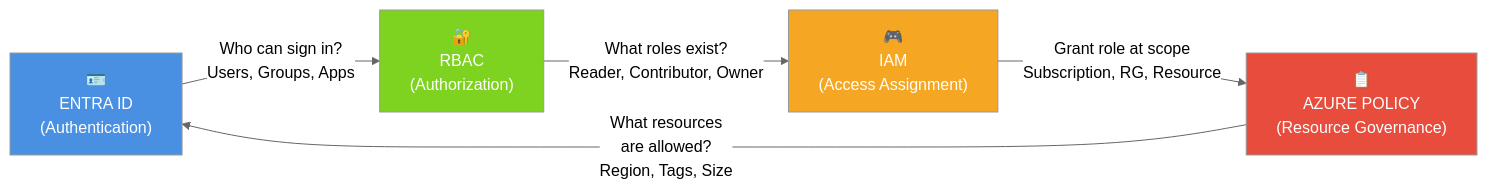
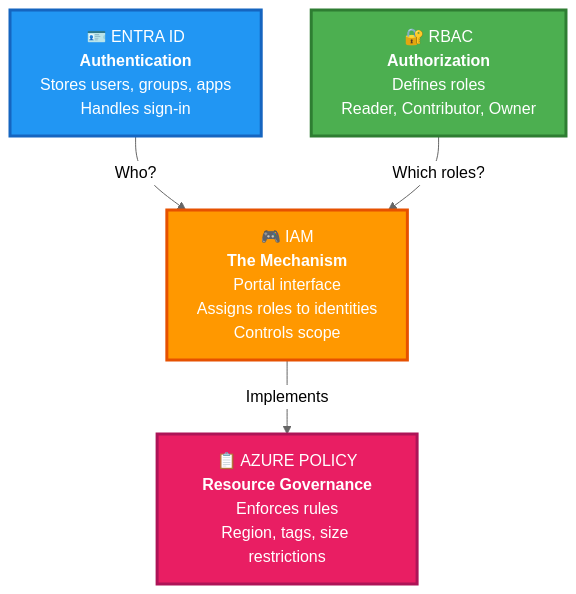
One commit to rubak714/azure-system-administration changed the second of 2 diagrams in 01-identity-governance/README.md. Above: the diagram before and after it, drawn with Mermaid (neutral theme). The commit also changed other lines of this file, not shown here.

First line of the commit message:
docs: improve readability and professionalism of identity governance lab

````diff
--- a/01-identity-governance/README.md
+++ b/01-identity-governance/README.md
@@ -79,17 +88,16 @@
 ```mermaid
-graph LR
-    A["🪪<br/>ENTRA ID<br/>(Authentication)"]
-    B["🔐<br/>RBAC<br/>(Authorization)"]
-    C["🎮<br/>IAM<br/>(Access Assignment)"]
-    D["📋<br/>AZURE POLICY<br/>(Resource Governance)"]
+graph TD
+    A["🪪 ENTRA ID<br/><b>Authentication</b><br/>Stores users, groups, apps<br/>Handles sign-in"]
+    B["🔐 RBAC<br/><b>Authorization</b><br/>Defines roles<br/>Reader, Contributor, Owner"]
+    C["🎮 IAM<br/><b>The Mechanism</b><br/>Portal interface<br/>Assigns roles to identities<br/>Controls scope"]
+    D["📋 AZURE POLICY<br/><b>Resource Governance</b><br/>Enforces rules<br/>Region, tags, size restrictions"]
     
-    A -->|"Who can sign in?"<br/>Users, Groups, Apps| B
-    B -->|"What roles exist?"<br/>Reader, Contributor, Owner| C
-    C -->|"Grant role at scope"<br/>Subscription, RG, Resource| D
-    D -->|"What resources<br/>are allowed?"<br/>Region, Tags, Size| A
+    A -->|"Who?"| C
+    B -->|"Which roles?"| C
+    C -->|"Implements"| D
     
-    style A fill:#4A90E2,color:#fff
-    style B fill:#7ED321,color:#fff
-    style C fill:#F5A623,color:#fff
-    style D fill:#E74C3C,color:#fff
+    style A fill:#2196F3,stroke:#1565C0,stroke-width:3px,color:#fff
+    style B fill:#4CAF50,stroke:#2E7D32,stroke-width:3px,color:#fff
+    style C fill:#FF9800,stroke:#E65100,stroke-width:3px,color:#fff
+    style D fill:#E91E63,stroke:#AD1457,stroke-width:3px,color:#fff
 ```
````
